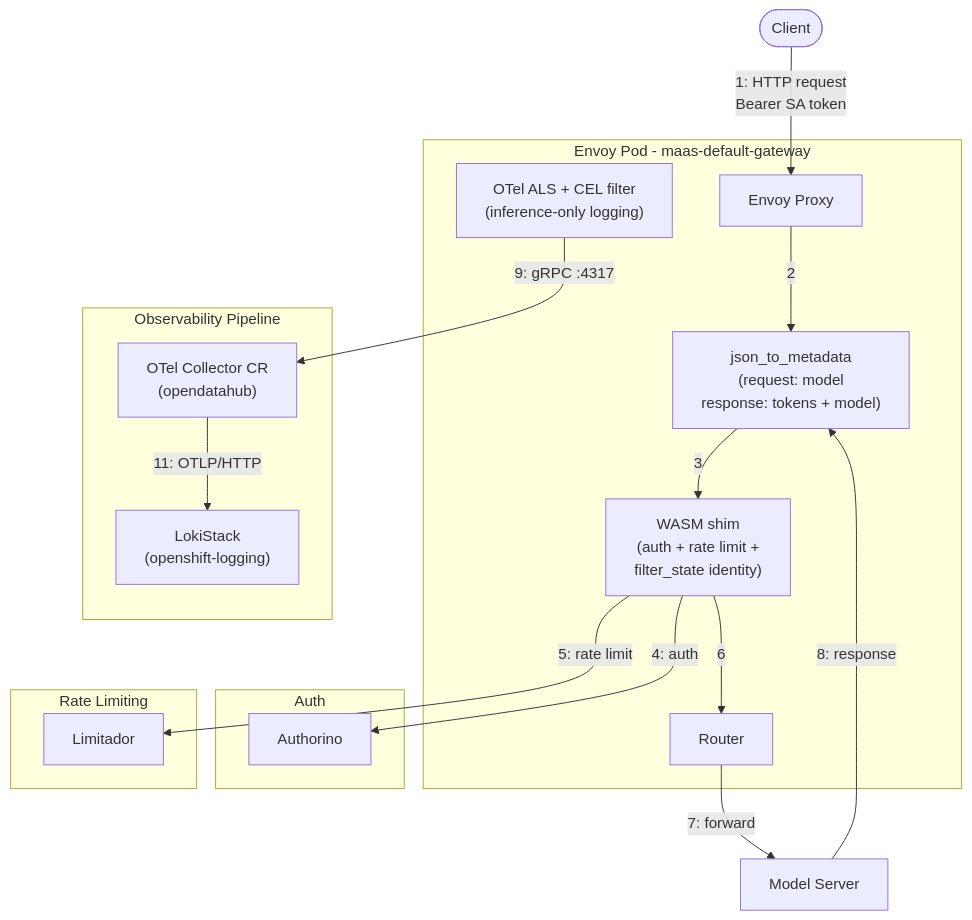
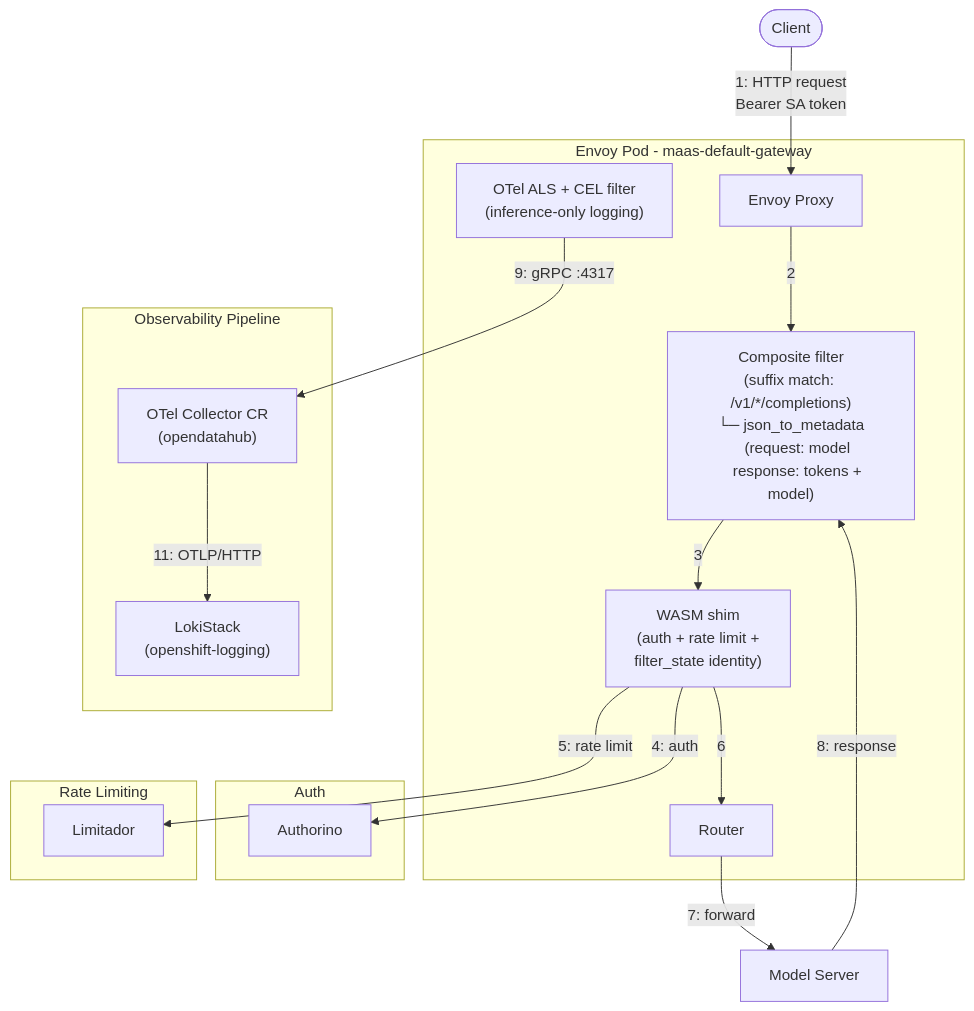
The second of 4 diagrams in envoy-otel-structured-logs-plan.md (tgitelman/maas-billing), drawn with Mermaid before and after one commit. The commit also changed other lines of this file and 7 other files, not shown here.

First line of the commit message:
feat: composite filter, patchClusterAddress, RBAC split, loki fix

````diff
--- a/envoy-otel-structured-logs-plan.md
+++ b/envoy-otel-structured-logs-plan.md
@@ -109,32 +112,32 @@
 ```mermaid
 flowchart TD
     client(["Client"]) -->|"1: HTTP request\nBearer SA token"| envoy
     subgraph envoyPod ["Envoy Pod - maas-default-gateway"]
         envoy["Envoy Proxy"]
-        j2m["json_to_metadata\n(request: model\nresponse: tokens + model)"]
+        j2m["Composite filter\n(suffix match: /v1/*/completions)\n└─ json_to_metadata\n   (request: model\n    response: tokens + model)"]
         wasmShim["WASM shim\n(auth + rate limit +\nfilter_state identity)"]
         otelALS["OTel ALS + CEL filter\n(inference-only logging)"]
         routerNode["Router"]
     end
     subgraph authBlock ["Auth"]
         authorino["Authorino"]
     end
     subgraph rateBlock ["Rate Limiting"]
         limitador["Limitador"]
     end
     subgraph obsBlock ["Observability Pipeline"]
         otelCollector["OTel Collector CR\n(opendatahub)"]
         loki["LokiStack\n(openshift-logging)"]
     end
     modelServer["Model Server"]
 
     envoy -->|"2"| j2m
     j2m -->|"3"| wasmShim
     wasmShim -->|"4: auth"| authorino
     wasmShim -->|"5: rate limit"| limitador
     wasmShim -->|"6"| routerNode
     routerNode -->|"7: forward"| modelServer
     modelServer -->|"8: response"| j2m
     otelALS -->|"9: gRPC :4317"| otelCollector
     otelCollector -->|"11: OTLP/HTTP"| loki
 ```
````
